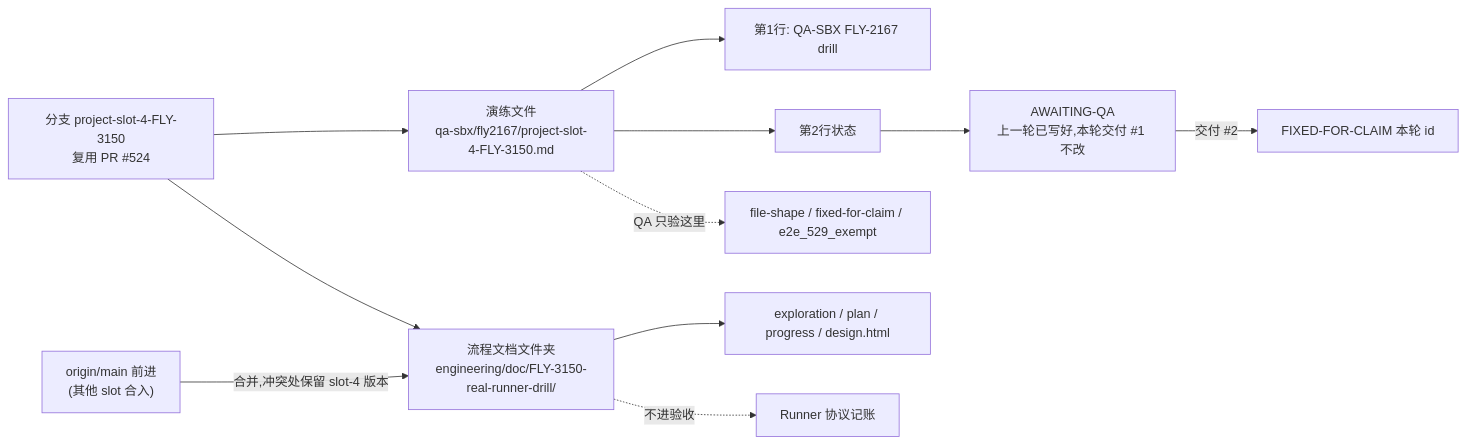
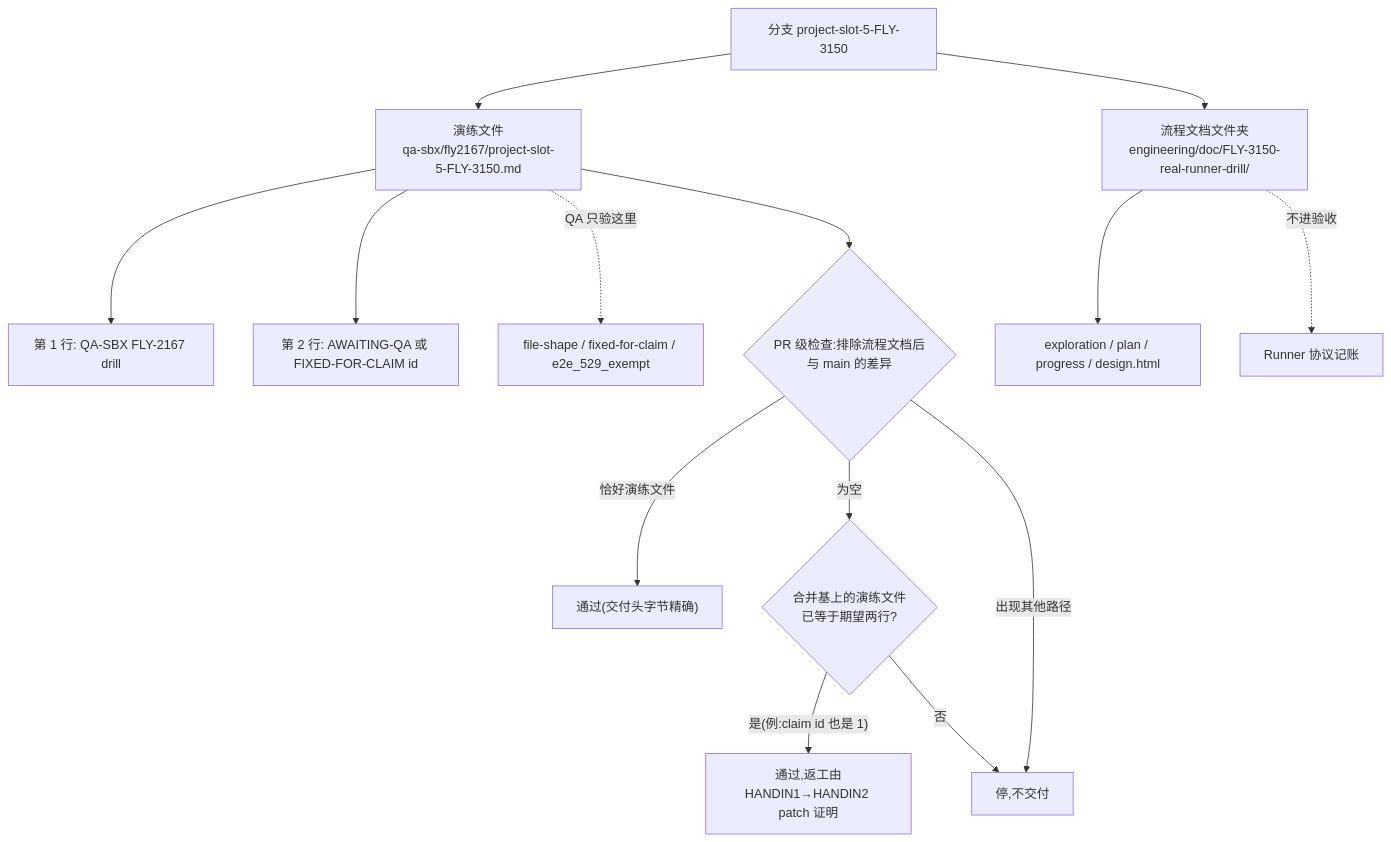
The diagram in engineering/doc/FLY-3150-real-runner-drill/d2-data-model.mmd (xrliAnnie/flywheel-qa-sandbox), drawn with Mermaid before and after one commit. The commit also changed 7 other files, not shown here.

First line of the commit message:
FLY-3150 QA-SBX FLY-2167 real-runner drill (run 417f5fe4) (#517)

```diff
--- a/engineering/doc/FLY-3150-real-runner-drill/d2-data-model.mmd
+++ b/engineering/doc/FLY-3150-real-runner-drill/d2-data-model.mmd
@@ -1,11 +1,14 @@
-flowchart LR
-    B["分支 project-slot-4-FLY-3150<br/>复用 PR #524"] --> T["演练文件<br/>qa-sbx/fly2167/project-slot-4-FLY-3150.md"]
+flowchart TD
+    B["分支 project-slot-5-FLY-3150"] --> T["演练文件<br/>qa-sbx/fly2167/project-slot-5-FLY-3150.md"]
     B --> P["流程文档文件夹<br/>engineering/doc/FLY-3150-real-runner-drill/"]
-    T --> L1["第1行: QA-SBX FLY-2167 drill"]
-    T --> L2["第2行状态"]
-    L2 --> S1["AWAITING-QA<br/>上一轮已写好,本轮交付 #1 不改"]
-    S1 -->|"交付 #2"| S2["FIXED-FOR-CLAIM 本轮 id"]
+    T --> L1["第 1 行: QA-SBX FLY-2167 drill"]
+    T --> L2["第 2 行: AWAITING-QA 或 FIXED-FOR-CLAIM id"]
     P --> X["exploration / plan / progress / design.html"]
-    M["origin/main 前进<br/>(其他 slot 合入)"] -->|"合并,冲突处保留 slot-4 版本"| P
     T -. "QA 只验这里" .-> C["file-shape / fixed-for-claim / e2e_529_exempt"]
     P -. "不进验收" .-> N["Runner 协议记账"]
+    T --> A{"PR 级检查:排除流程文档后<br/>与 main 的差异"}
+    A -- "恰好演练文件" --> OK1["通过(交付头字节精确)"]
+    A -- "为空" --> E{"合并基上的演练文件<br/>已等于期望两行?"}
+    E -- "是(例:claim id 也是 1)" --> OK2["通过,返工由<br/>HANDIN1→HANDIN2 patch 证明"]
+    E -- "否" --> STOP["停,不交付"]
+    A -- "出现其他路径" --> STOP
```
